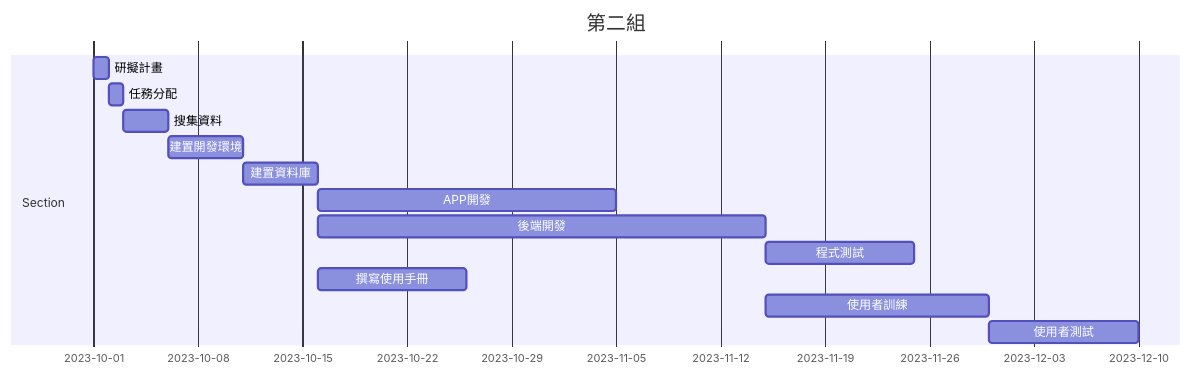
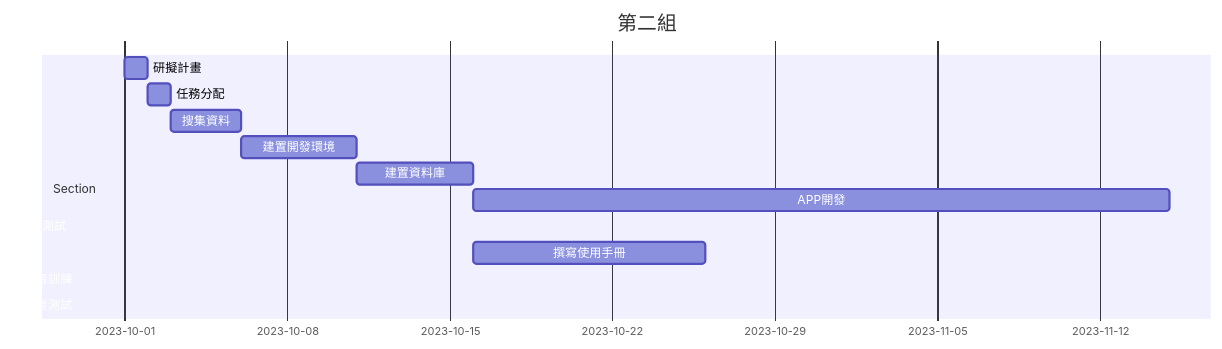
The diagram in README.md (natsuki221/Team2), drawn with Mermaid before and after one commit.

````diff
--- a/README.md
+++ b/README.md
@@ -9,17 +9,16 @@
 ```mermaid
 gantt
     title 第二組
 
     section Section
     研擬計畫       :a1, 2023-10-01,1d
     任務分配       :a2, after a1,1d
     搜集資料       :a3, after a2,3d
     建置開發環境    :a4, after a3,5d
     建置資料庫      :a5, after a4,5d
-    APP開發        :a6, after a5,20d
-    後端開發        :a7, after a5,30d
+    APP開發        :a6, after a5,30d
     程式測試        :a8, after a7,10d
     撰寫使用手冊     :a9, after a5,10d
     使用者訓練       :a10, after a7,15d
     使用者測試       :a11, after a10,10d
 ```
````
